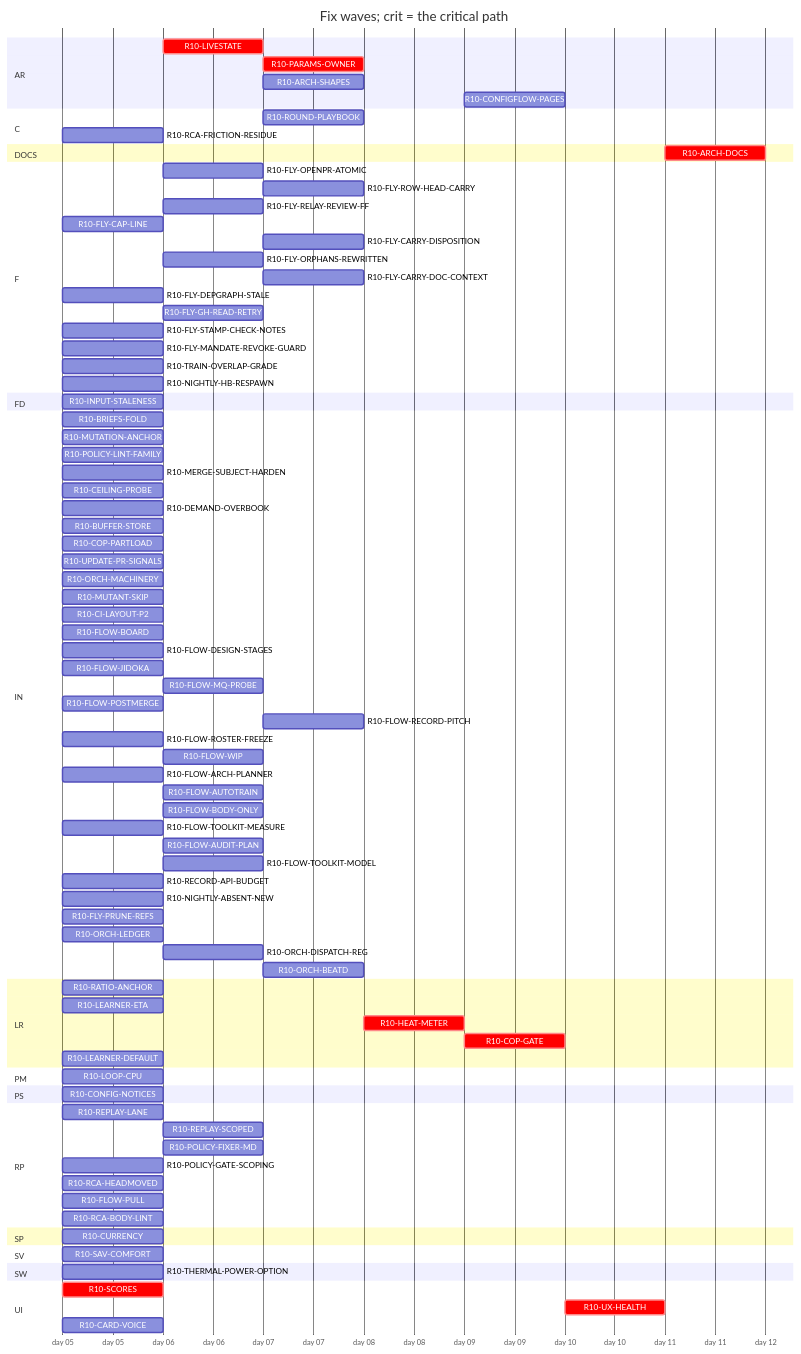
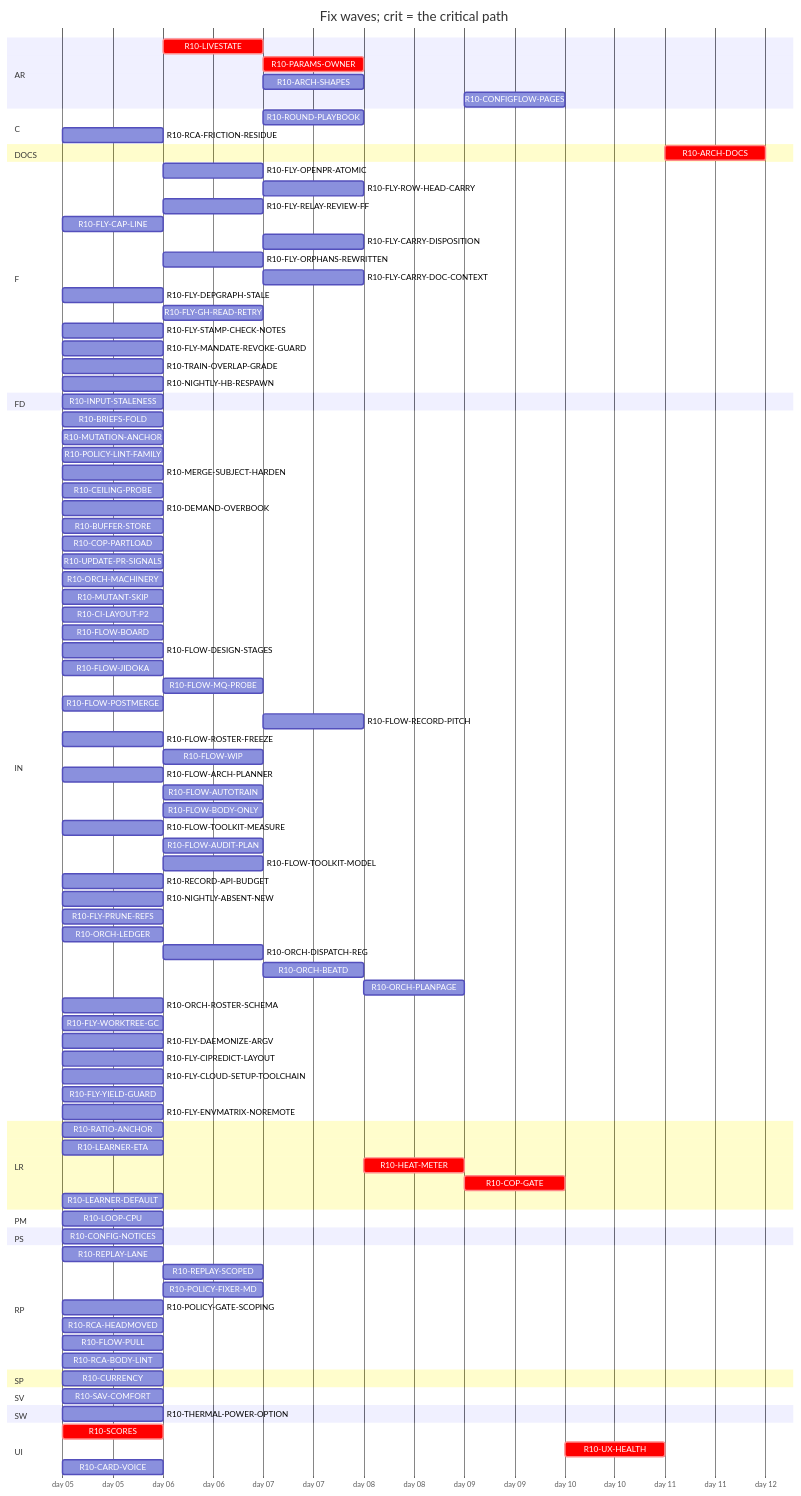
Before and after one commit to tvofi/heatpump_optimizer: the diagram in handoff/round10/state/PLAN-TABLE.md, drawn with Mermaid. The commit also changed other lines of this file and 2 other files, not shown here.

```diff
--- a/handoff/round10/state/PLAN-TABLE.md
+++ b/handoff/round10/state/PLAN-TABLE.md
@@ -88,6 +88,14 @@
     R10-ORCH-LEDGER :r10ORCHLEDGER, 2026-01-05, 1d
     R10-ORCH-DISPATCH-REG :r10ORCHDISPATCHREG, after r10ORCHLEDGER, 1d
     R10-ORCH-BEATD :r10ORCHBEATD, after r10ORCHDISPATCHREG, 1d
+    R10-ORCH-PLANPAGE :r10ORCHPLANPAGE, after r10ORCHBEATD, 1d
+    R10-ORCH-ROSTER-SCHEMA :r10ORCHROSTERSCHEMA, 2026-01-05, 1d
+    R10-FLY-WORKTREE-GC :r10FLYWORKTREEGC, 2026-01-05, 1d
+    R10-FLY-DAEMONIZE-ARGV :r10FLYDAEMONIZEARGV, 2026-01-05, 1d
+    R10-FLY-CIPREDICT-LAYOUT :r10FLYCIPREDICTLAYOUT, 2026-01-05, 1d
+    R10-FLY-CLOUD-SETUP-TOOLCHAIN :r10FLYCLOUDSETUPTOOLCHAIN, 2026-01-05, 1d
+    R10-FLY-YIELD-GUARD :r10FLYYIELDGUARD, 2026-01-05, 1d
+    R10-FLY-ENVMATRIX-NOREMOTE :r10FLYENVMATRIXNOREMOTE, 2026-01-05, 1d
   section LR
     R10-RATIO-ANCHOR :r10RATIOANCHOR, 2026-01-05, 1d
     R10-LEARNER-ETA :r10LEARNERETA, 2026-01-05, 1d
```
